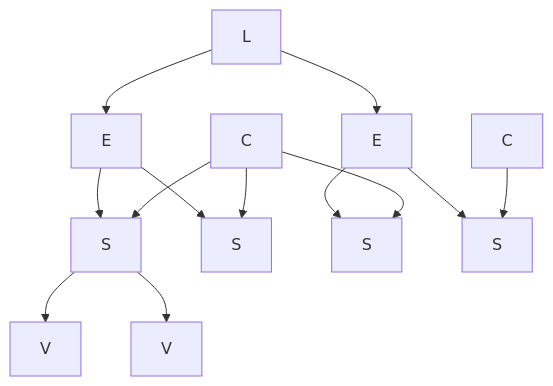
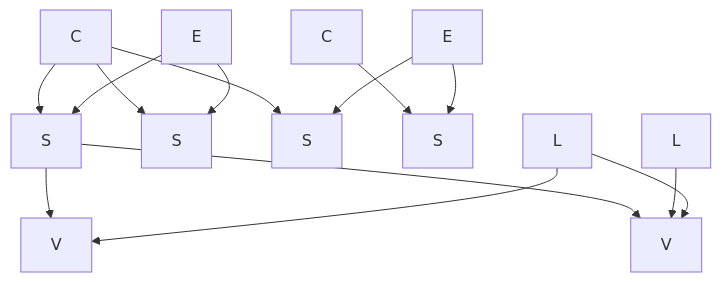
Before and after one commit to vedph/gve-doc: the diagram in model/editor.md, drawn with Mermaid.

````diff
--- a/model/editor.md
+++ b/model/editor.md
@@ -249,16 +249,17 @@
 ```mermaid
 flowchart TD;
 
 C1[C] --> S1[S]
 C1[C] --> S2[S]
 C1[C] --> S3[S]
 C2[C] --> S4[S]
 S1 --> V1[V]
 S1 --> V2[V]
 E1[E] --> S1
 E1[E] --> S2
 E2[E] --> S3
 E2[E] --> S4
-L --> E2
-L --> E1
+L1[L] --> V1
+L2[L] --> V1
+L2[L] --> V2
 ```
````
